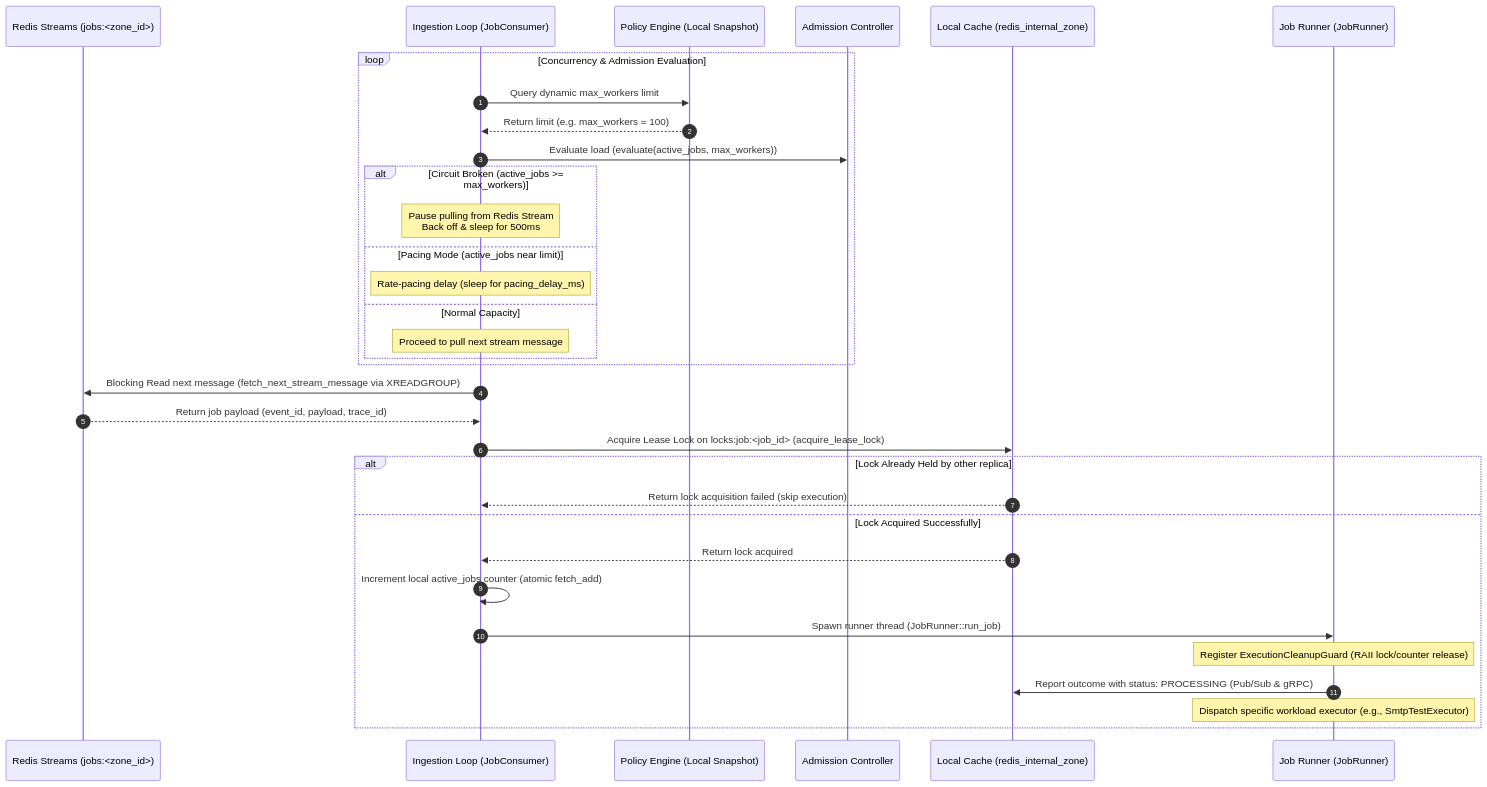
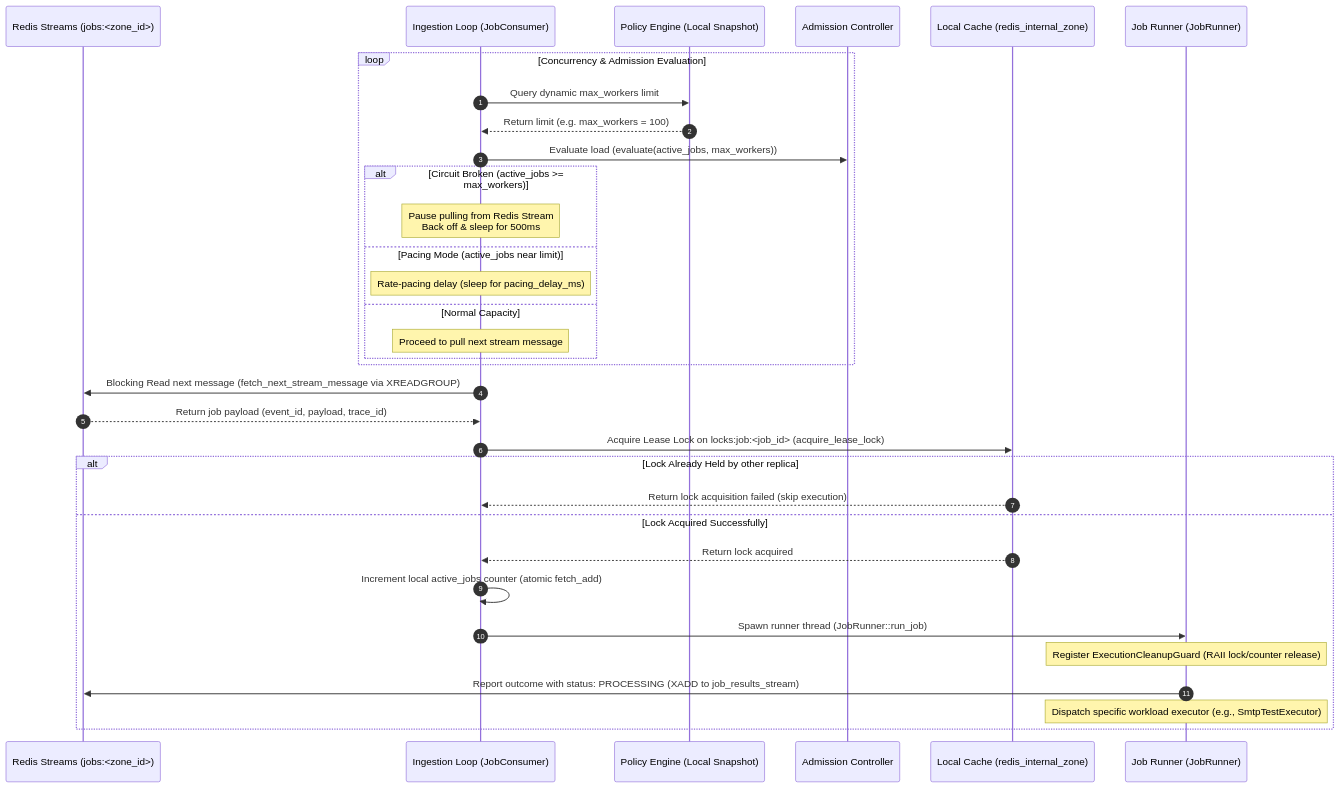
The diagram in spec/dataplane/dataplane_runtime.md (phucle996/aurora), drawn with Mermaid before and after one commit. The commit also changed other lines of this file and 8 other files, not shown here.

Commit message:
refactor: migrate job result reporting from Redis Pub/Sub and gRPC to durable Redis Streams

````diff
--- a/spec/dataplane/dataplane_runtime.md
+++ b/spec/dataplane/dataplane_runtime.md
@@ -11,39 +11,39 @@
 ```mermaid
 sequenceDiagram
     autonumber
     participant RDS as Redis Streams (jobs:<zone_id>)
     participant JC as Ingestion Loop (JobConsumer)
     participant PE as Policy Engine (Local Snapshot)
     participant AC as Admission Controller
     participant LZ as Local Cache (redis_internal_zone)
     participant JR as Job Runner (JobRunner)
 
     loop Concurrency & Admission Evaluation
         JC->>PE: Query dynamic max_workers limit
         PE-->>JC: Return limit (e.g. max_workers = 100)
         JC->>AC: Evaluate load (evaluate(active_jobs, max_workers))
         alt Circuit Broken (active_jobs >= max_workers)
             Note over JC: Pause pulling from Redis Stream<br/>Back off & sleep for 500ms
         else Pacing Mode (active_jobs near limit)
             Note over JC: Rate-pacing delay (sleep for pacing_delay_ms)
         else Normal Capacity
             Note over JC: Proceed to pull next stream message
         end
     end
 
     JC->>RDS: Blocking Read next message (fetch_next_stream_message via XREADGROUP)
     RDS-->>JC: Return job payload (event_id, payload, trace_id)
     
     JC->>LZ: Acquire Lease Lock on locks:job:<job_id> (acquire_lease_lock)
     alt Lock Already Held by other replica
         LZ-->>JC: Return lock acquisition failed (skip execution)
     else Lock Acquired Successfully
         LZ-->>JC: Return lock acquired
         JC->>JC: Increment local active_jobs counter (atomic fetch_add)
         
         JC->>JR: Spawn runner thread (JobRunner::run_job)
         Note over JR: Register ExecutionCleanupGuard (RAII lock/counter release)
-        JR->>LZ: Report outcome with status: PROCESSING (Pub/Sub & gRPC)
+        JR->>RDS: Report outcome with status: PROCESSING (XADD to job_results_stream)
         Note over JR: Dispatch specific workload executor (e.g., SmtpTestExecutor)
     end
 ```
````
